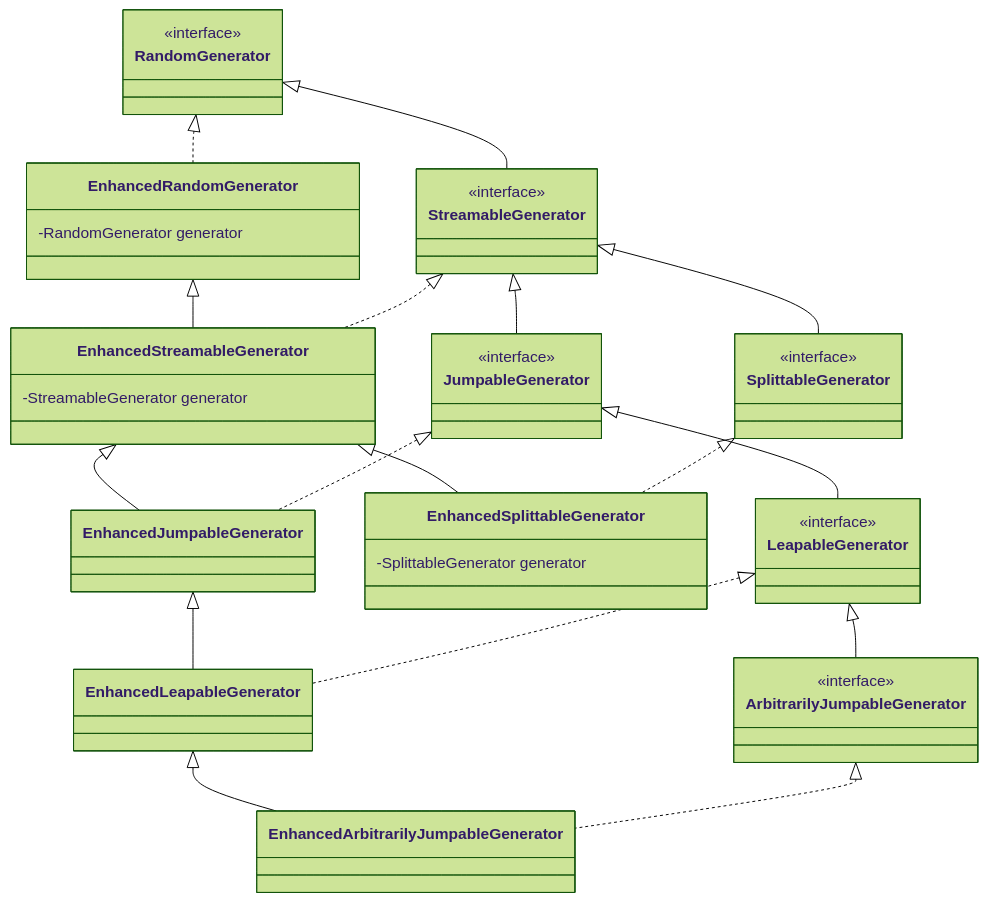
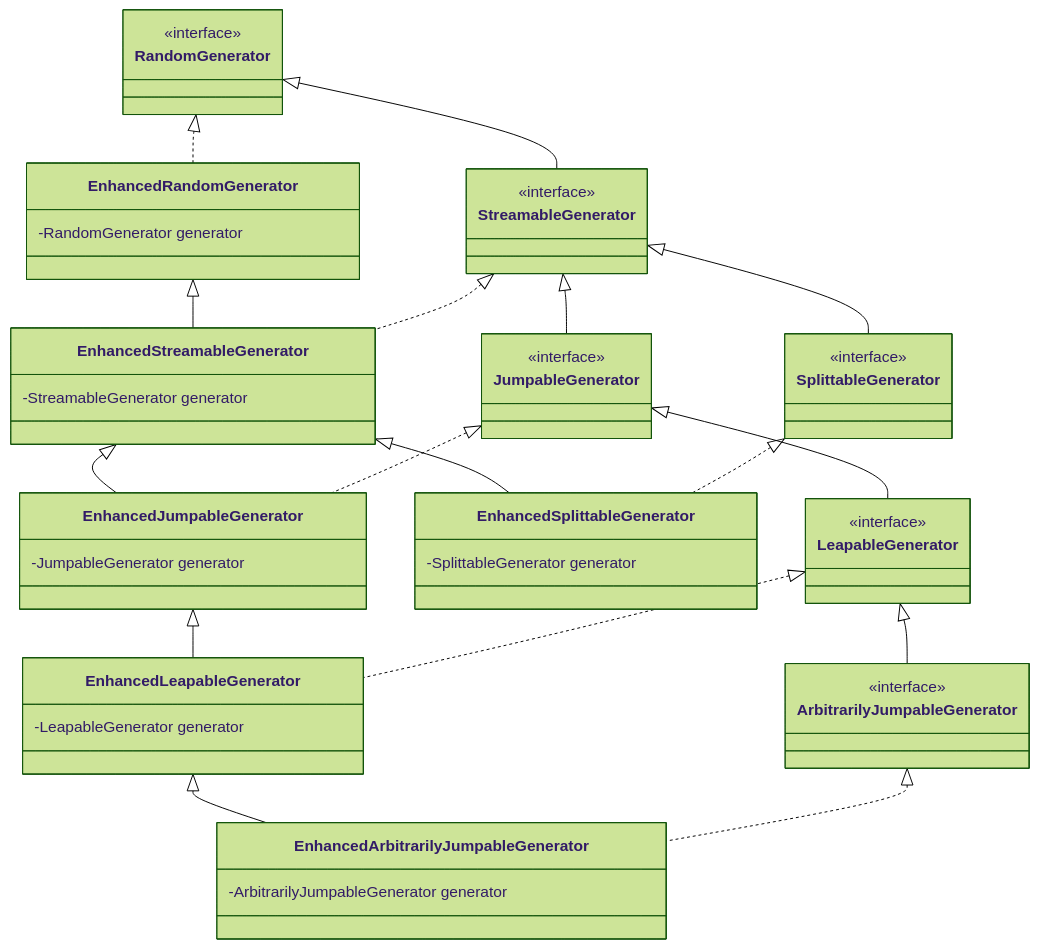
Before and after one commit to cicirello/rho-mu: the diagram in README.md, drawn with Mermaid (forest theme).

````diff
--- a/README.md
+++ b/README.md
@@ -42,40 +42,43 @@
 ```mermaid
 classDiagram
   class RandomGenerator
   <<interface>> RandomGenerator
   class StreamableGenerator
   <<interface>> StreamableGenerator
   RandomGenerator <|-- StreamableGenerator
   class SplittableGenerator
   <<interface>> SplittableGenerator
   StreamableGenerator <|-- SplittableGenerator
   class JumpableGenerator
   <<interface>> JumpableGenerator
   StreamableGenerator <|-- JumpableGenerator
   class LeapableGenerator
   <<interface>> LeapableGenerator
   JumpableGenerator <|-- LeapableGenerator
   class ArbitrarilyJumpableGenerator
   <<interface>> ArbitrarilyJumpableGenerator
   LeapableGenerator <|-- ArbitrarilyJumpableGenerator
   class EnhancedRandomGenerator
   RandomGenerator <|.. EnhancedRandomGenerator
   EnhancedRandomGenerator : -RandomGenerator generator
   class EnhancedStreamableGenerator
   EnhancedRandomGenerator <|-- EnhancedStreamableGenerator
   StreamableGenerator <|.. EnhancedStreamableGenerator
   EnhancedStreamableGenerator : -StreamableGenerator generator
   class EnhancedSplittableGenerator
   EnhancedStreamableGenerator <|-- EnhancedSplittableGenerator
   SplittableGenerator <|.. EnhancedSplittableGenerator
   EnhancedSplittableGenerator : -SplittableGenerator generator
   class EnhancedJumpableGenerator
   EnhancedStreamableGenerator <|-- EnhancedJumpableGenerator
   JumpableGenerator <|.. EnhancedJumpableGenerator
+  EnhancedJumpableGenerator : -JumpableGenerator generator
   class EnhancedLeapableGenerator
   EnhancedJumpableGenerator <|-- EnhancedLeapableGenerator
   LeapableGenerator <|.. EnhancedLeapableGenerator
+  EnhancedLeapableGenerator : -LeapableGenerator generator
   class EnhancedArbitrarilyJumpableGenerator
   EnhancedLeapableGenerator <|-- EnhancedArbitrarilyJumpableGenerator
   ArbitrarilyJumpableGenerator <|.. EnhancedArbitrarilyJumpableGenerator
+  EnhancedArbitrarilyJumpableGenerator : -ArbitrarilyJumpableGenerator generator
 ```
````
